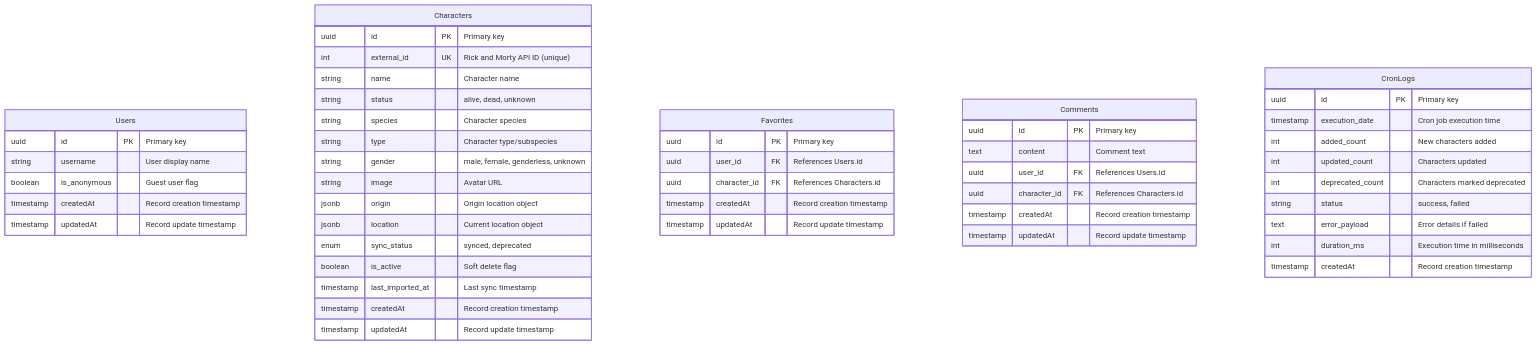
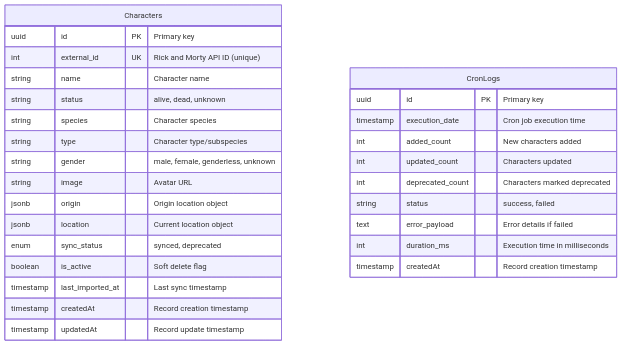
One commit to Crloshernndez/Rick-Fullstack-Lab changed the diagram in docs/ERD.md. Above: the diagram before and after it, drawn with Mermaid. The commit also changed other lines of this file and 6 other files, not shown here.

````diff
--- a/docs/ERD.md
+++ b/docs/ERD.md
@@ -11,58 +11,33 @@
 ```mermaid
 erDiagram
-
-    Users {
-        uuid id PK "Primary key"
-        string username "User display name"
-        boolean is_anonymous "Guest user flag"
-        timestamp createdAt "Record creation timestamp"
-        timestamp updatedAt "Record update timestamp"
-    }
 
     Characters {
         uuid id PK "Primary key"
         int external_id UK "Rick and Morty API ID (unique)"
         string name "Character name"
         string status "alive, dead, unknown"
         string species "Character species"
         string type "Character type/subspecies"
         string gender "male, female, genderless, unknown"
         string image "Avatar URL"
         jsonb origin "Origin location object"
         jsonb location "Current location object"
         enum sync_status "synced, deprecated"
         boolean is_active "Soft delete flag"
         timestamp last_imported_at "Last sync timestamp"
         timestamp createdAt "Record creation timestamp"
         timestamp updatedAt "Record update timestamp"
     }
 
-    Favorites {
-        uuid id PK "Primary key"
-        uuid user_id FK "References Users.id"
-        uuid character_id FK "References Characters.id"
-        timestamp createdAt "Record creation timestamp"
-        timestamp updatedAt "Record update timestamp"
-    }
-
-    Comments {
-        uuid id PK "Primary key"
-        text content "Comment text"
-        uuid user_id FK "References Users.id"
-        uuid character_id FK "References Characters.id"
-        timestamp createdAt "Record creation timestamp"
-        timestamp updatedAt "Record update timestamp"
-    }
-
     CronLogs {
         uuid id PK "Primary key"
         timestamp execution_date "Cron job execution time"
         int added_count "New characters added"
         int updated_count "Characters updated"
         int deprecated_count "Characters marked deprecated"
         string status "success, failed"
         text error_payload "Error details if failed"
         int duration_ms "Execution time in milliseconds"
         timestamp createdAt "Record creation timestamp"
     }
 ```
````
